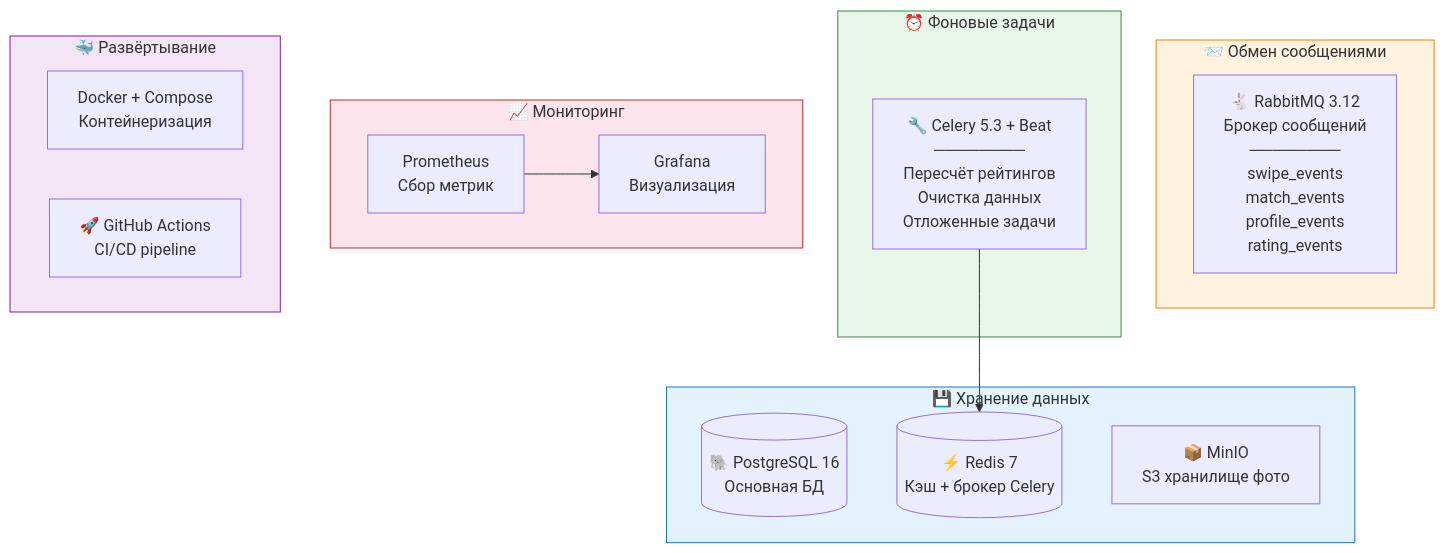
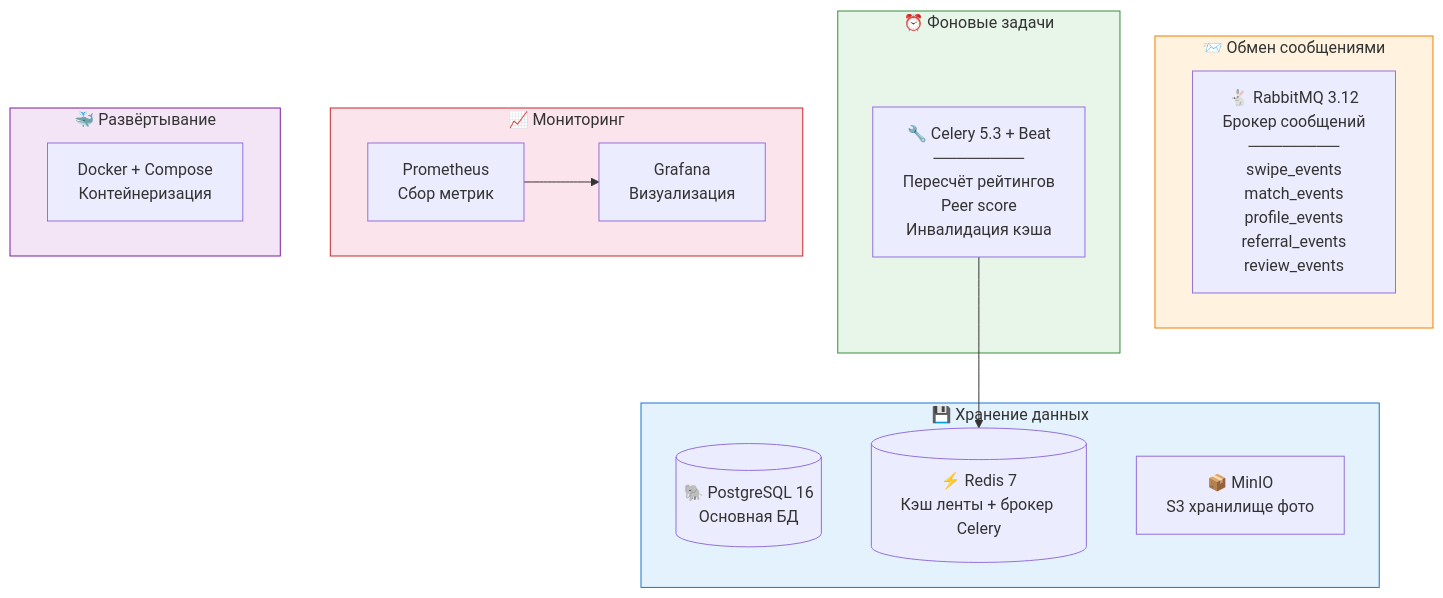
The eighth of 8 diagrams in docs/services.md (UsachovaUlyana/ulsu), drawn with Mermaid before and after one commit. The commit also changed other lines of this file and 184 other files, not shown here.

````diff
--- a/docs/services.md
+++ b/docs/services.md
@@ -289,35 +365,34 @@
 ```mermaid
 graph TB
     subgraph DB["💾 Хранение данных"]
         PG[("🐘 PostgreSQL 16<br/>Основная БД")]
-        REDIS[("⚡ Redis 7<br/>Кэш + брокер Celery")]
+        REDIS[("⚡ Redis 7<br/>Кэш ленты + брокер Celery")]
         MINIO["📦 MinIO<br/>S3 хранилище фото"]
     end
 
     subgraph MQ["📨 Обмен сообщениями"]
-        RMQ["🐇 RabbitMQ 3.12<br/>Брокер сообщений<br/>────────<br/>swipe_events<br/>match_events<br/>profile_events<br/>rating_events"]
+        RMQ["🐇 RabbitMQ 3.12<br/>Брокер сообщений<br/>────────<br/>swipe_events<br/>match_events<br/>profile_events<br/>referral_events<br/>review_events"]
     end
 
     subgraph TASKS["⏰ Фоновые задачи"]
-        CELERY["🔧 Celery 5.3 + Beat<br/>────────<br/>Пересчёт рейтингов<br/>Очистка данных<br/>Отложенные задачи"]
+        CELERY["🔧 Celery 5.3 + Beat<br/>────────<br/>Пересчёт рейтингов<br/>Peer score<br/>Инвалидация кэша"]
     end
 
     subgraph MON["📈 Мониторинг"]
         PROM["Prometheus<br/>Сбор метрик"]
         GRAF["Grafana<br/>Визуализация"]
     end
 
     subgraph DEPLOY["🐳 Развёртывание"]
         DOCKER["Docker + Compose<br/>Контейнеризация"]
-        CI["🚀 GitHub Actions<br/>CI/CD pipeline"]
     end
 
     CELERY --> REDIS
     PROM --> GRAF
 
     style DB fill:#e3f2fd,stroke:#1976d2
     style MQ fill:#fff3e0,stroke:#f57c00
     style TASKS fill:#e8f5e9,stroke:#388e3c
     style MON fill:#fce4ec,stroke:#c62828
     style DEPLOY fill:#f3e5f5,stroke:#7b1fa2
 ```
````
